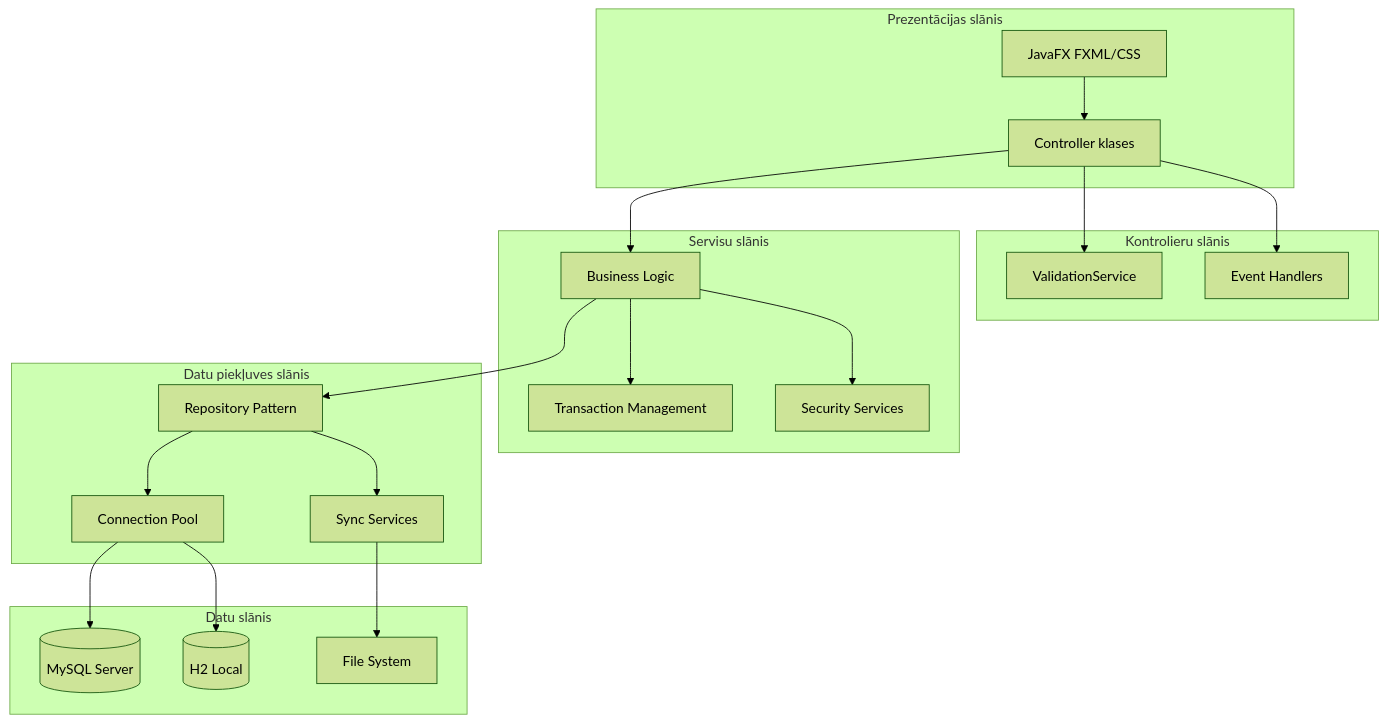
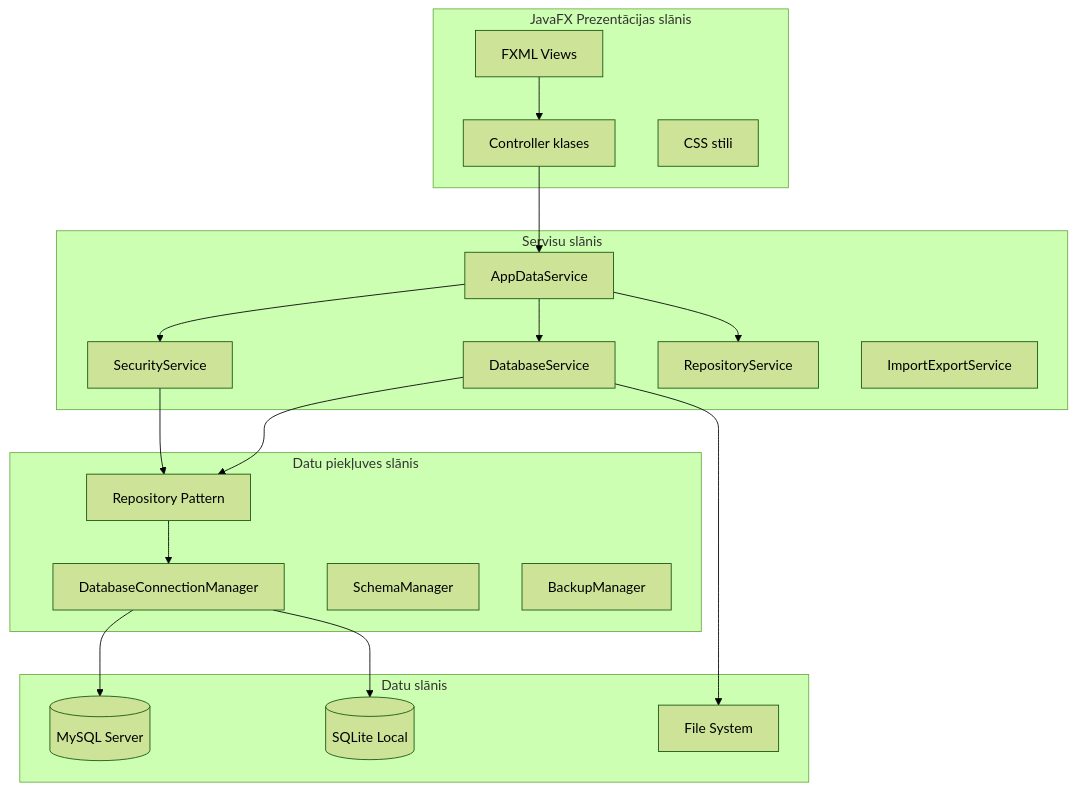
Before and after one commit to dawis86/SAPS: the first of 3 diagrams in ARHITEKTURA.md, drawn with Mermaid (forest theme). The commit also changed other lines of this file and 11 other files, not shown here.

````diff
--- a/ARHITEKTURA.md
+++ b/ARHITEKTURA.md
@@ -39,43 +28,41 @@
 ```mermaid
 graph TB
-    subgraph "Prezentācijas slānis"
-        UI[JavaFX FXML/CSS]
+    subgraph "JavaFX Prezentācijas slānis"
+        UI[FXML Views]
         Controllers[Controller klases]
-    end
-    
-    subgraph "Kontrolieru slānis"
-        Validation[ValidationService]
-        Events[Event Handlers]
+        CSS[CSS stili]
     end
     
     subgraph "Servisu slānis"
-        Business[Business Logic]
-        Transactions[Transaction Management]
-        Security[Security Services]
+        AppDataService[AppDataService]
+        DatabaseService[DatabaseService]
+        SecurityService[SecurityService]
+        RepositoryService[RepositoryService]
+        ImportExportService[ImportExportService]
     end
     
     subgraph "Datu piekļuves slānis"
         Repositories[Repository Pattern]
-        Connection[Connection Pool]
-        Sync[Sync Services]
+        ConnectionManager[DatabaseConnectionManager]
+        SchemaManager[SchemaManager]
+        BackupManager[BackupManager]
     end
     
     subgraph "Datu slānis"
         MySQL[(MySQL Server)]
-        H2[(H2 Local)]
+        SQLite[(SQLite Local)]
         FileSystem[File System]
     end
     
     UI --> Controllers
-    Controllers --> Validation
-    Controllers --> Events
-    Controllers --> Business
-    Business --> Transactions
-    Business --> Security
-    Business --> Repositories
-    Repositories --> Connection
-    Repositories --> Sync
-    Connection --> MySQL
-    Connection --> H2
-    Sync --> FileSystem
+    Controllers --> AppDataService
+    AppDataService --> DatabaseService
+    AppDataService --> SecurityService
+    AppDataService --> RepositoryService
+    DatabaseService --> Repositories
+    SecurityService --> Repositories
+    Repositories --> ConnectionManager
+    ConnectionManager --> MySQL
+    ConnectionManager --> SQLite
+    DatabaseService --> FileSystem
 ```
````
